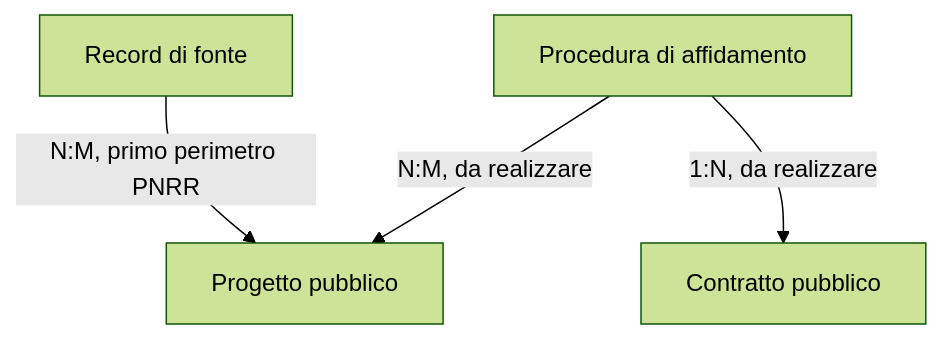
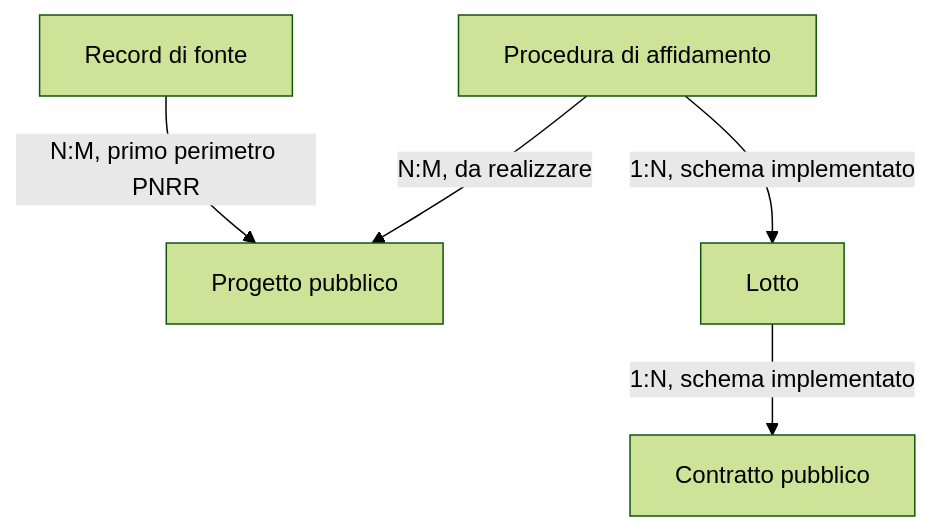
Before and after one commit to colazeta/Lamezia-Trasparente-Monitor: the third of 3 diagrams in docs/architecture/conceptual-schema.md, drawn with Mermaid (forest theme). The commit also changed other lines of this file and 23 other files, not shown here.

````diff
--- a/docs/architecture/conceptual-schema.md
+++ b/docs/architecture/conceptual-schema.md
@@ -59,6 +59,7 @@
 ```mermaid
 flowchart TD
   R["Record di fonte"] -->|"N:M, primo perimetro PNRR"| P["Progetto pubblico"]
   A["Procedura di affidamento"] -->|"N:M, da realizzare"| P
-  A -->|"1:N, da realizzare"| C["Contratto pubblico"]
+  A -->|"1:N, schema implementato"| L["Lotto"]
+  L -->|"1:N, schema implementato"| C["Contratto pubblico"]
 ```
````
